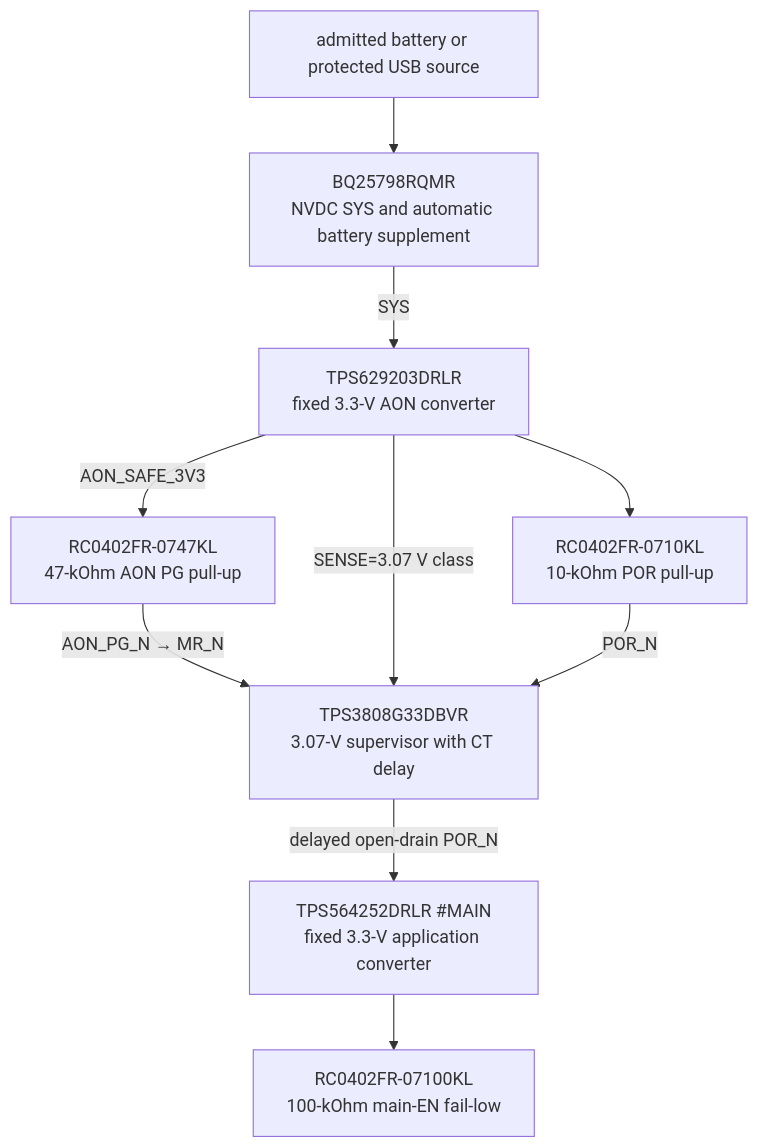
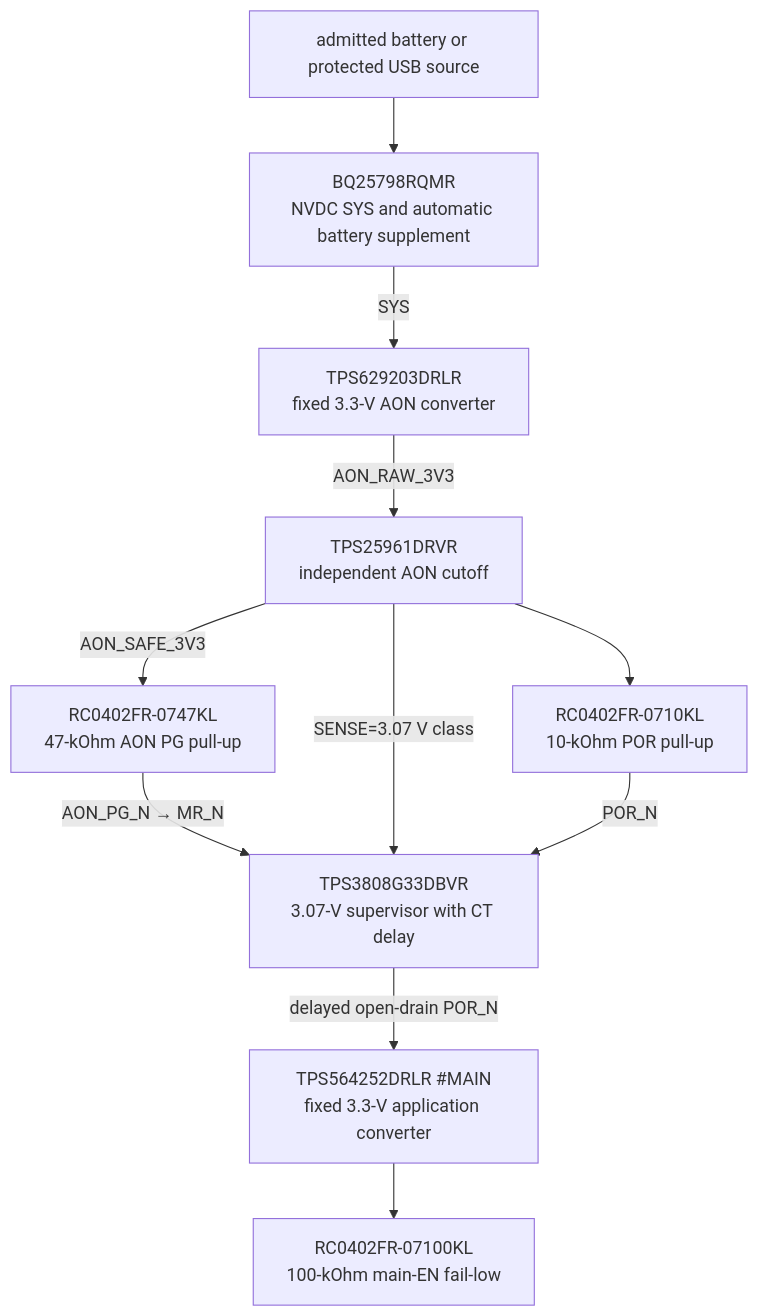
Before and after one commit to anton-vinogradov/esp32-leshy2: the diagram in docs/review/architecture/PWR-0019-exact-source-sequence-and-power-reserve.md, drawn with Mermaid. The commit also changed other lines of this file and 27 other files, not shown here.

````diff
--- a/docs/review/architecture/PWR-0019-exact-source-sequence-and-power-reserve.md
+++ b/docs/review/architecture/PWR-0019-exact-source-sequence-and-power-reserve.md
@@ -23,18 +24,19 @@
 ```mermaid
 flowchart TD
   SRC["admitted battery or protected USB source"]
   BQ["BQ25798RQMR<br/>NVDC SYS and automatic battery supplement"]
   AON["TPS629203DRLR<br/>fixed 3.3-V AON converter"]
+  AONF["TPS25961DRVR<br/>independent AON cutoff"]
   PGPU["RC0402FR-0747KL<br/>47-kOhm AON PG pull-up"]
   SUP["TPS3808G33DBVR<br/>3.07-V supervisor with CT delay"]
   PORPU["RC0402FR-0710KL<br/>10-kOhm POR pull-up"]
   MAINPD["RC0402FR-07100KL<br/>100-kOhm main-EN fail-low"]
   MAIN["TPS564252DRLR #MAIN<br/>fixed 3.3-V application converter"]
 
-  SRC --> BQ -->|"SYS"| AON
-  AON -->|"AON_SAFE_3V3"| PGPU -->|"AON_PG_N → MR_N"| SUP
-  AON -->|"SENSE=3.07 V class"| SUP
-  AON --> PORPU -->|"POR_N"| SUP
+  SRC --> BQ -->|"SYS"| AON -->|"AON_RAW_3V3"| AONF
+  AONF -->|"AON_SAFE_3V3"| PGPU -->|"AON_PG_N → MR_N"| SUP
+  AONF -->|"SENSE=3.07 V class"| SUP
+  AONF --> PORPU -->|"POR_N"| SUP
   SUP -->|"delayed open-drain POR_N"| MAIN
   MAIN --> MAINPD
 ```
````
